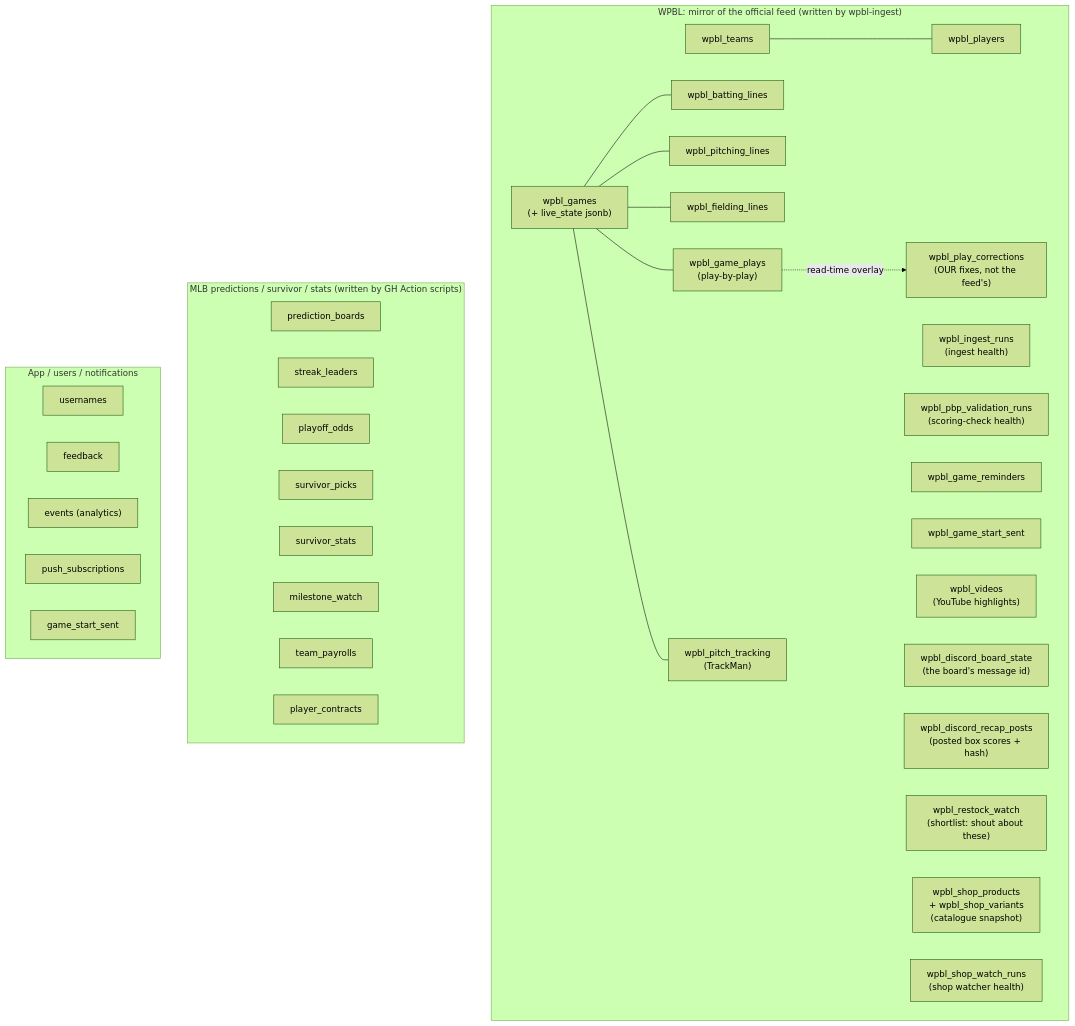
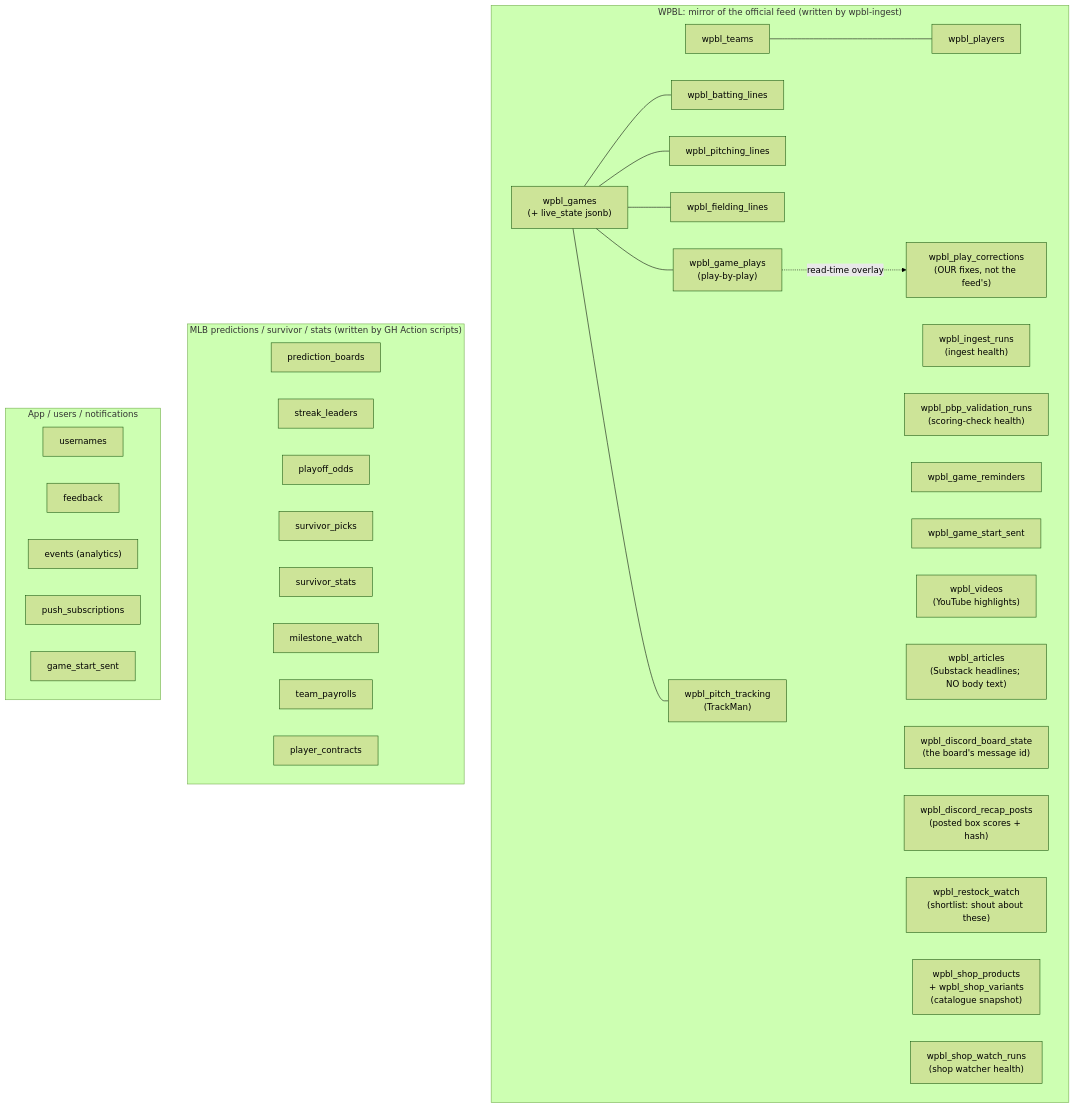
The third of 5 diagrams in ARCHITECTURE.md (sportydolphin/fun), drawn with Mermaid (forest theme) before and after one commit. The commit also changed other lines of this file and 17 other files, not shown here.

````diff
--- a/ARCHITECTURE.md
+++ b/ARCHITECTURE.md
@@ -164,47 +166,48 @@
 ```mermaid
 flowchart TB
     subgraph WPBL["WPBL: mirror of the official feed (written by wpbl-ingest)"]
         t_teams["wpbl_teams"]
         t_players["wpbl_players"]
         t_games["wpbl_games<br/>(+ live_state jsonb)"]
         t_bat["wpbl_batting_lines"]
         t_pit["wpbl_pitching_lines"]
         t_field["wpbl_fielding_lines"]
         t_plays["wpbl_game_plays<br/>(play-by-play)"]
         t_track["wpbl_pitch_tracking<br/>(TrackMan)"]
         t_runs["wpbl_ingest_runs<br/>(ingest health)"]
         t_pbpval["wpbl_pbp_validation_runs<br/>(scoring-check health)"]
         t_rem["wpbl_game_reminders"]
         t_wsent["wpbl_game_start_sent"]
         t_vid["wpbl_videos<br/>(YouTube highlights)"]
+        t_art["wpbl_articles<br/>(Substack headlines; NO body text)"]
         t_board["wpbl_discord_board_state<br/>(the board's message id)"]
         t_recap["wpbl_discord_recap_posts<br/>(posted box scores + hash)"]
         t_corr["wpbl_play_corrections<br/>(OUR fixes, not the feed's)"]
         t_restock["wpbl_restock_watch<br/>(shortlist: shout about these)"]
         t_shopp["wpbl_shop_products<br/>+ wpbl_shop_variants<br/>(catalogue snapshot)"]
         t_shopr["wpbl_shop_watch_runs<br/>(shop watcher health)"]
     end
 
     subgraph MLB["MLB predictions / survivor / stats (written by GH Action scripts)"]
         m_boards["prediction_boards"]
         m_streaks["streak_leaders"]
         m_odds["playoff_odds"]
         m_surv["survivor_picks"]
         m_survs["survivor_stats"]
         m_mile["milestone_watch"]
         m_pay["team_payrolls"]
         m_contract["player_contracts"]
     end
 
     subgraph APP["App / users / notifications"]
         a_users["usernames"]
         a_feed["feedback"]
         a_events["events (analytics)"]
         a_push["push_subscriptions"]
         a_sent["game_start_sent"]
     end
 
     t_teams --- t_players
     t_games --- t_bat & t_pit & t_field & t_plays & t_track
     t_plays -.->|read-time overlay| t_corr
 ```
````
